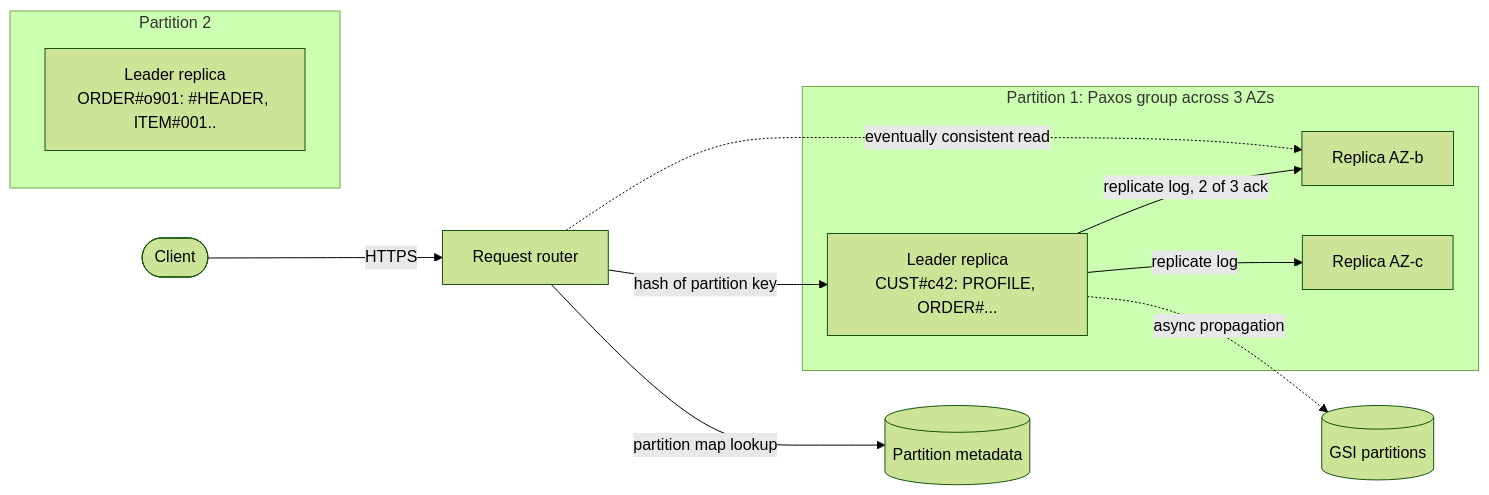
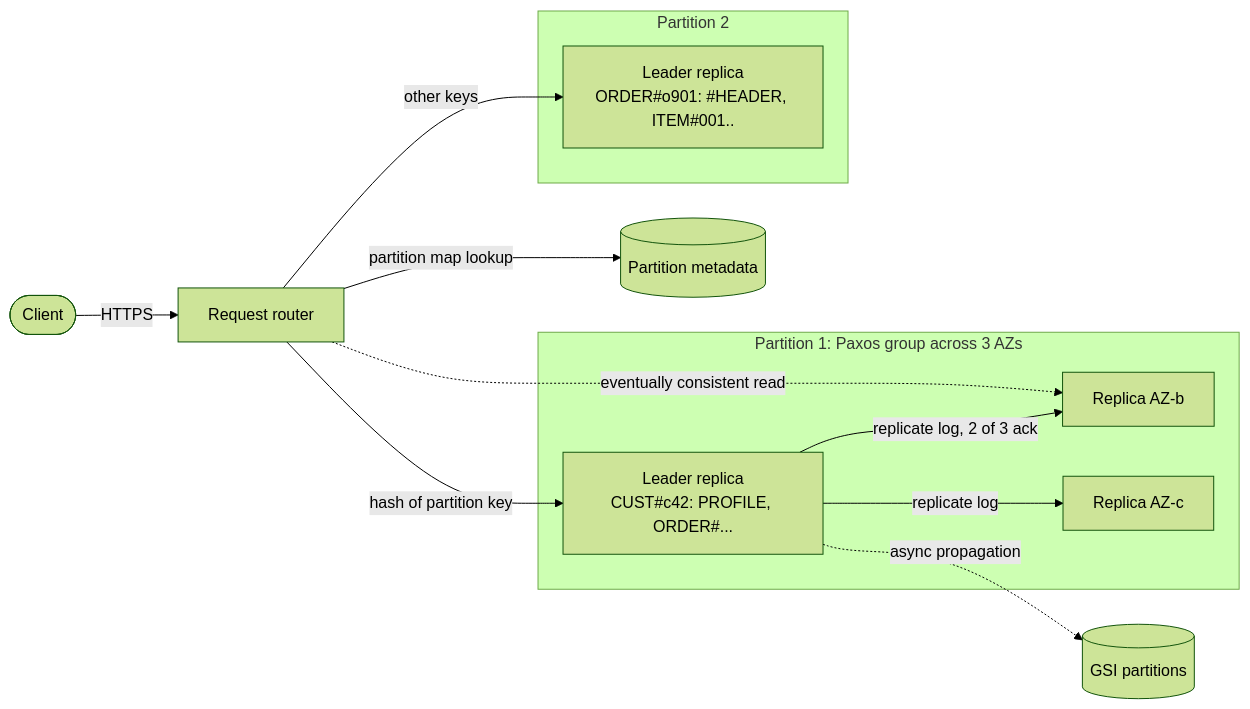
The diagram in diagrams/ch12/fig-12-02.mmd (Sampath1-1-1/System-Design), drawn with Mermaid (forest theme) before and after one commit. The commit also changed 51 other files, not shown here.

```diff
--- a/diagrams/ch12/fig-12-02.mmd
+++ b/diagrams/ch12/fig-12-02.mmd
@@ -1,17 +1,18 @@
 %% Figure 12.2 — DynamoDB data model and request path
 flowchart LR
   C([Client]) -->|HTTPS| RR[Request router]
   RR -->|partition map lookup| MD[(Partition metadata)]
   RR -->|"hash of partition key"| L1
+  RR -->|other keys| L2
   subgraph P1["Partition 1: Paxos group across 3 AZs"]
     L1["Leader replica<br/>CUST#c42: PROFILE, ORDER#..."]
     F1a[Replica AZ-b]
     F1b[Replica AZ-c]
   end
   subgraph P2["Partition 2"]
     L2["Leader replica<br/>ORDER#o901: #HEADER, ITEM#001.."]
   end
   L1 -->|replicate log, 2 of 3 ack| F1a
   L1 -->|replicate log| F1b
   L1 -.->|async propagation| GSI[(GSI partitions)]
   RR -.->|eventually consistent read| F1a
```
